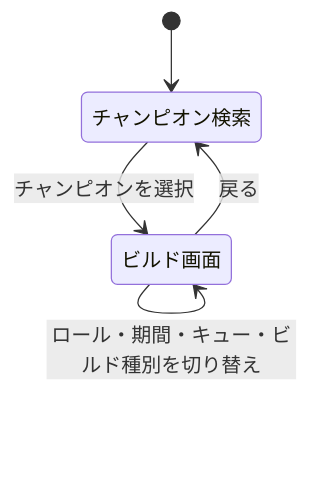
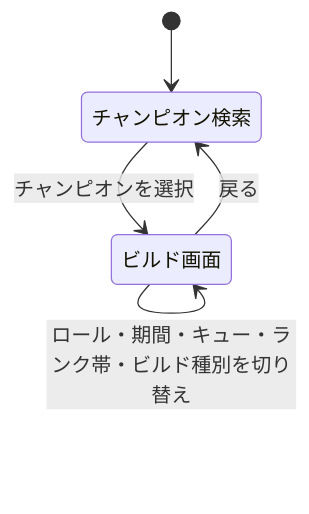
One commit to clone701/lollab changed the second of 2 diagrams in .kiro/specs/champion-stats/design.md. Above: the diagram before and after it, drawn with Mermaid. The commit also changed other lines of this file and 65 other files, not shown here.

````diff
--- a/.kiro/specs/champion-stats/design.md
+++ b/.kiro/specs/champion-stats/design.md
@@ -26,7 +26,7 @@
 ```mermaid
 stateDiagram-v2
     [*] --> チャンピオン検索
     チャンピオン検索 --> ビルド画面: チャンピオンを選択
-    ビルド画面 --> ビルド画面: ロール・期間・キュー・ビルド種別を切り替え
+    ビルド画面 --> ビルド画面: ロール・期間・キュー・ランク帯・ビルド種別を切り替え
     ビルド画面 --> チャンピオン検索: 戻る
 ```
````
